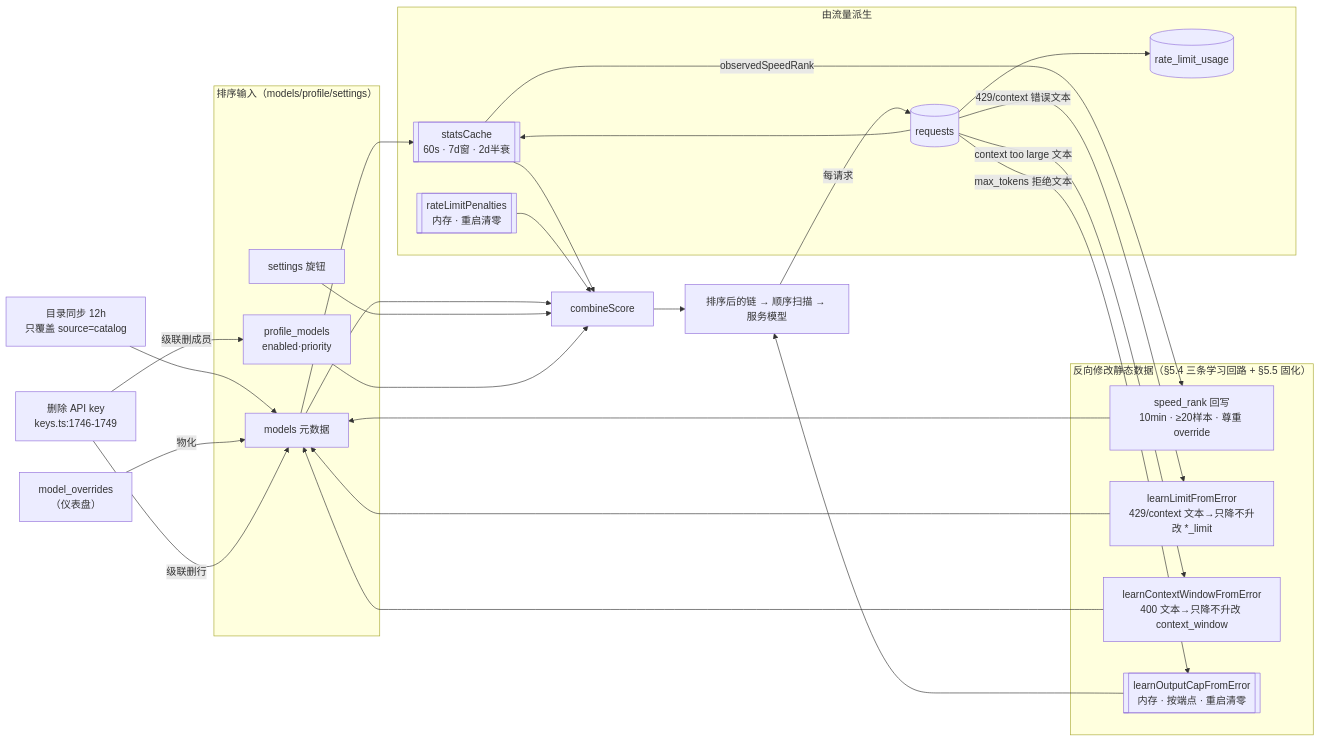
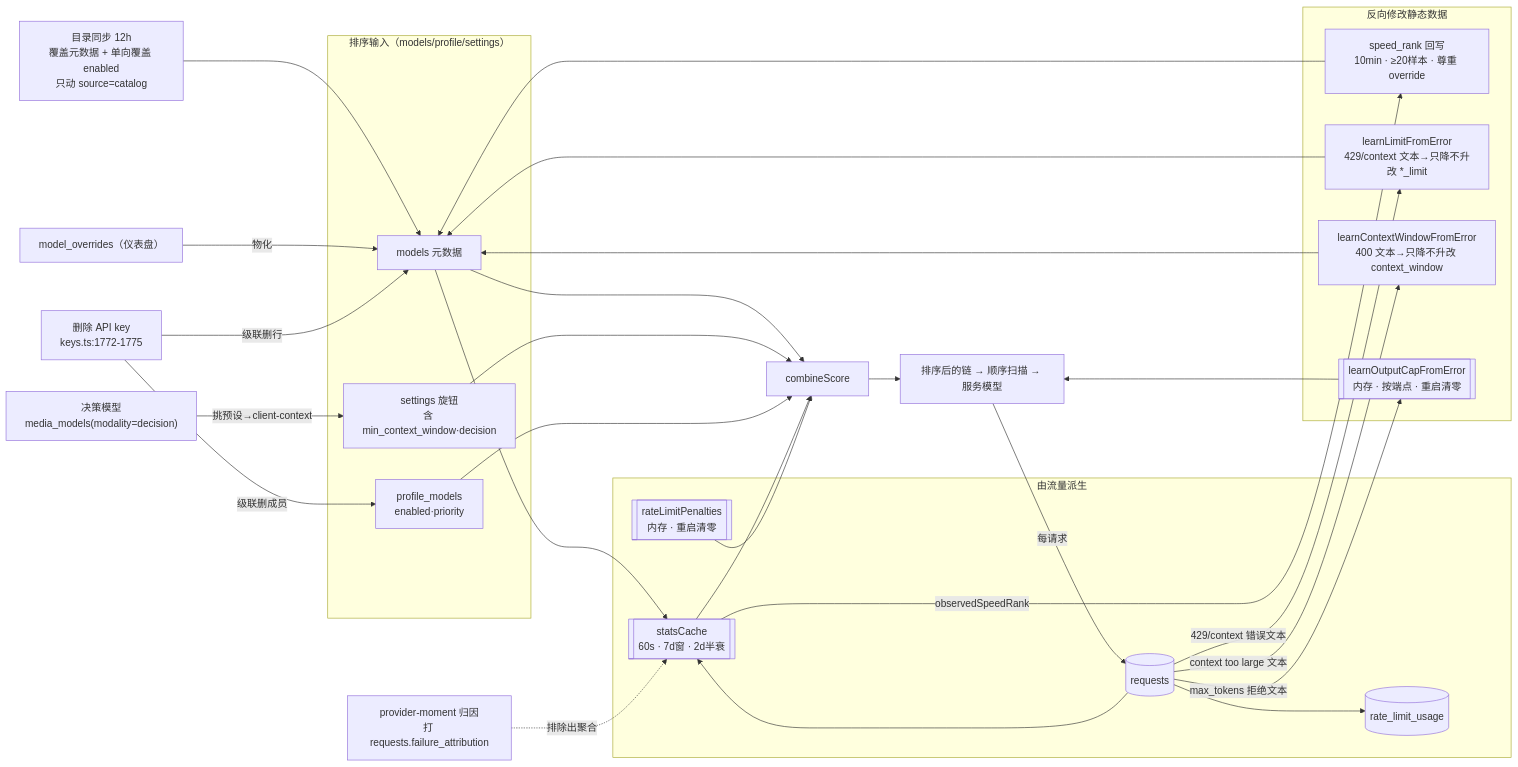
Before and after one commit to adrian9778/freellmapi: the second of 2 diagrams in docs/adrian/topics/model调度算法.md, drawn with Mermaid. The commit also changed other lines of this file, not shown here.

First line of the commit message:
docs: rewrite model scheduling topic for HEAD, add table schema + data-flow

````diff
--- a/docs/adrian/topics/model调度算法.md
+++ b/docs/adrian/topics/model调度算法.md
@@ -448,39 +533,43 @@
 ```mermaid
 flowchart LR
     subgraph 输入["排序输入（models/profile/settings）"]
         M[models 元数据]
         P[profile_models<br/>enabled·priority]
-        S["settings 旋钮"]
+        S["settings 旋钮<br/>含 min_context_window·decision"]
     end
     subgraph 观测["由流量派生"]
         R[(requests)]
         SC[["statsCache<br/>60s · 7d窗 · 2d半衰"]]
         PEN[["rateLimitPenalties<br/>内存 · 重启清零"]]
         RL[(rate_limit_usage)]
     end
-    subgraph 写回["反向修改静态数据（§5.4 三条学习回路 + §5.5 固化）"]
+    subgraph 写回["反向修改静态数据"]
         SR["speed_rank 回写<br/>10min · ≥20样本 · 尊重 override"]
         LL["learnLimitFromError<br/>429/context 文本→只降不升改 *_limit"]
         CW["learnContextWindowFromError<br/>400 文本→只降不升改 context_window"]
         OC[["learnOutputCapFromError<br/>内存 · 按端点 · 重启清零"]]
     end
-    DK["删除 API key<br/>keys.ts:1746-1749"]
-    CS["目录同步 12h<br/>只覆盖 source=catalog"] --> M
-    UMO["model_overrides<br/>（仪表盘）"] -->|物化| M
+    DK["删除 API key<br/>keys.ts:1772-1775"]
+    PMA["provider-moment 归因<br/>打 requests.failure_attribution"]
+    DR["决策模型<br/>media_models(modality=decision)"]
+    CS["目录同步 12h<br/>覆盖元数据 + 单向覆盖 enabled<br/>只动 source=catalog"] --> M
+    UMO["model_overrides（仪表盘）"] -->|物化| M
+    DR -->|挑预设→client-context| S
     M --> SC
     R --> SC
     R --> RL
+    PMA -.->|排除出聚合| SC
     SC --> SCORE[combineScore]
     PEN --> SCORE
     M --> SCORE
     S --> SCORE
     P --> SCORE
     SC -->|observedSpeedRank| SR --> M
     R -->|"429/context 错误文本"| LL --> M
     R -->|"context too large 文本"| CW --> M
     R -->|"max_tokens 拒绝文本"| OC --> OUT
     DK -->|级联删行| M
     DK -->|级联删成员| P
     SCORE --> OUT["排序后的链 → 顺序扫描 → 服务模型"]
     OUT -->|每请求| R
 ```
````
